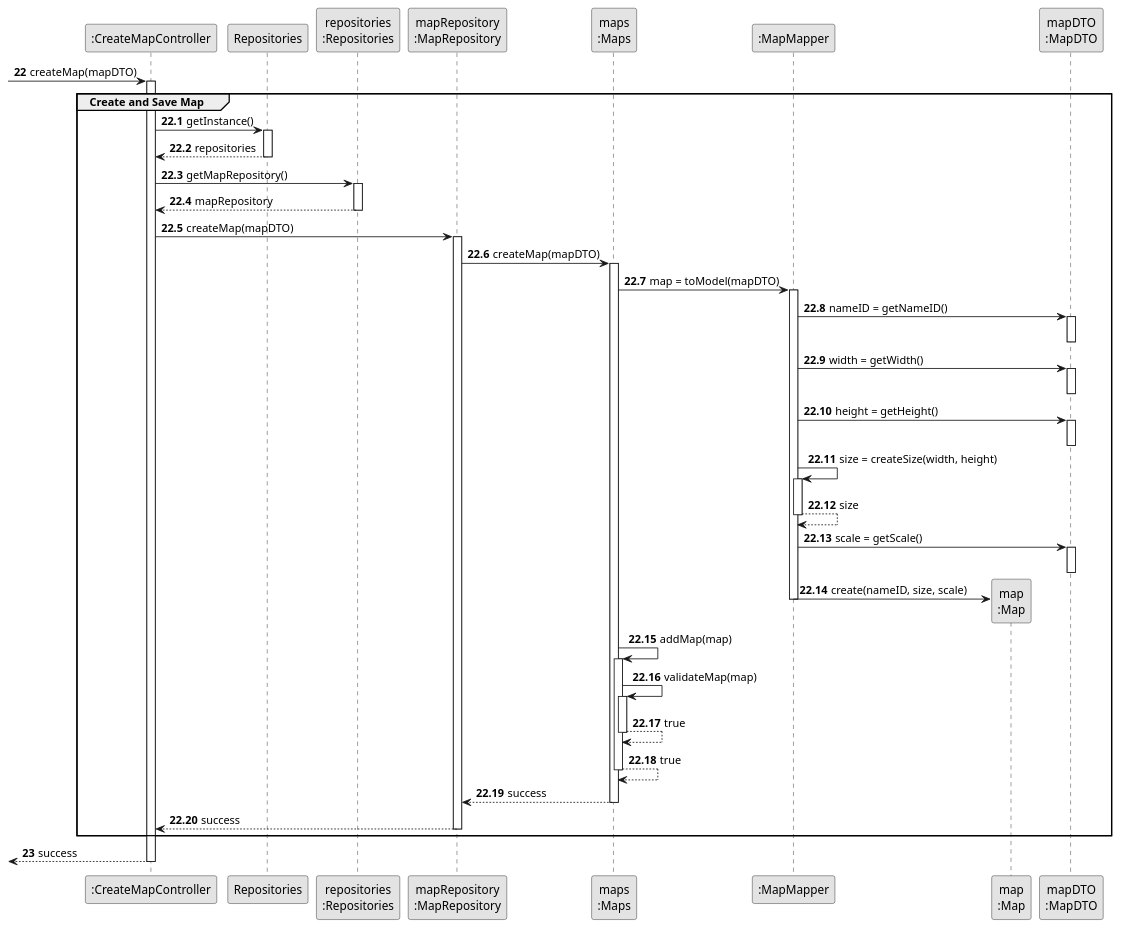
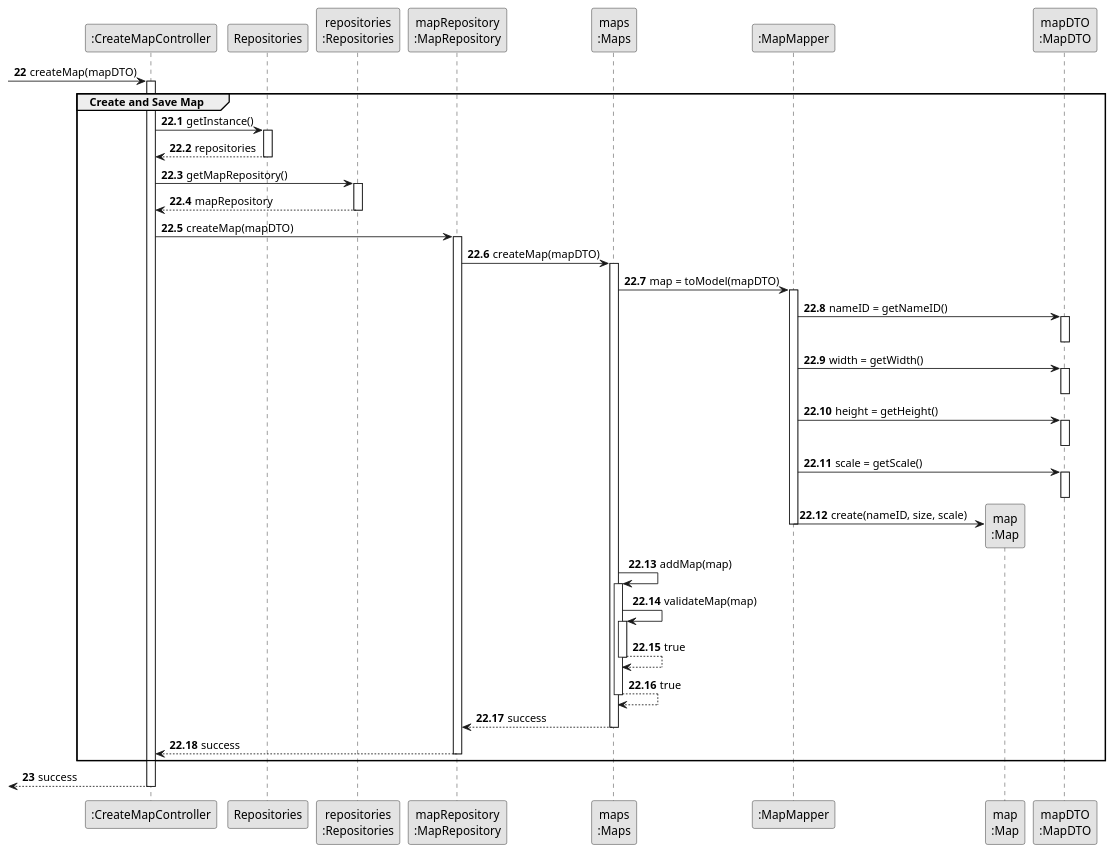
Before and after one commit to HenriqueSilva18/Railway-Network-Simulator: the diagram in docs/system-documentation/Sprint 3/US01/03.design/puml/US01-SD-partial-Create-Save-Map.puml, drawn with PlantUML. The commit also changed 6 other files, not shown here.

```diff
--- a/docs/system-documentation/Sprint 3/US01/03.design/puml/US01-SD-partial-Create-Save-Map.puml
+++ b/docs/system-documentation/Sprint 3/US01/03.design/puml/US01-SD-partial-Create-Save-Map.puml
@@ -1,83 +1,79 @@
 @startuml
 skinparam monochrome true
 skinparam packageStyle rectangle
 skinparam shadowing false
 
 participant ":CreateMapController" as CTRL
 participant "Repositories" as REPOS
 participant "repositories\n:Repositories" as REPOS_SINGLETON
 participant "mapRepository\n:MapRepository" as MAP_REPO
 participant "maps\n:Maps" as MAPS
 participant ":MapMapper" as MAP_MAPPER
 participant "map\n:Map" as MAP
 participant "mapDTO\n:MapDTO" as MAP_DTO
 
 autonumber 22
 -> CTRL: createMap(mapDTO)
 
 autonumber 22.1
 activate CTRL
     group Create and Save Map
 
         CTRL -> REPOS : getInstance()
         activate REPOS
             REPOS --> CTRL: repositories
         deactivate REPOS
 
         CTRL -> REPOS_SINGLETON: getMapRepository()
         activate REPOS_SINGLETON
             REPOS_SINGLETON --> CTRL: mapRepository
         deactivate REPOS_SINGLETON
 
         CTRL -> MAP_REPO: createMap(mapDTO)
         activate MAP_REPO
             MAP_REPO -> MAPS: createMap(mapDTO)
             activate MAPS
                 MAPS -> MAP_MAPPER: map = toModel(mapDTO)
                 activate MAP_MAPPER
                     MAP_MAPPER -> MAP_DTO: nameID = getNameID()
                     activate MAP_DTO
                     deactivate MAP_DTO
 
                     MAP_MAPPER -> MAP_DTO: width = getWidth()
                     activate MAP_DTO
                     deactivate MAP_DTO
 
                     MAP_MAPPER -> MAP_DTO: height = getHeight()
                     activate MAP_DTO
                     deactivate MAP_DTO
 
-                    MAP_MAPPER -> MAP_MAPPER: size = createSize(width, height)
-                    activate MAP_MAPPER
-                        MAP_MAPPER --> MAP_MAPPER: size
-                    deactivate MAP_MAPPER
 
                     MAP_MAPPER -> MAP_DTO: scale = getScale()
                     activate MAP_DTO
                     deactivate MAP_DTO
 
                     MAP_MAPPER -> MAP**: create(nameID, size, scale)
                 deactivate MAP_MAPPER
 
                 MAPS -> MAPS: addMap(map)
                 activate MAPS
                     MAPS -> MAPS: validateMap(map)
                     activate MAPS
                         MAPS --> MAPS: true
                         deactivate MAPS
                     MAPS --> MAPS: true
                     deactivate MAPS
 
                 MAPS --> MAP_REPO: success
             deactivate MAPS
 
             MAP_REPO --> CTRL: success
         deactivate MAP_REPO
 
     end
 
     autonumber 23
     <-- CTRL : success
 deactivate CTRL
 
 @enduml
```
